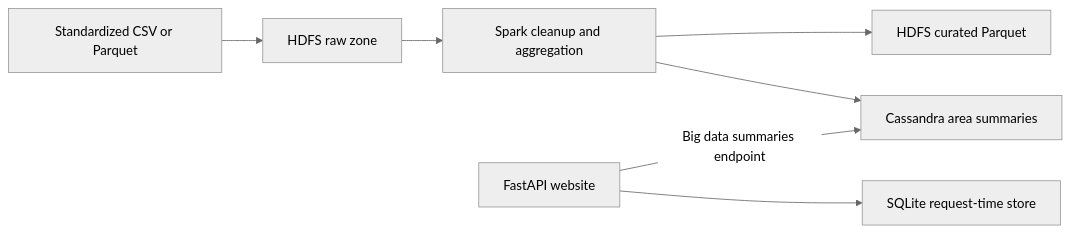
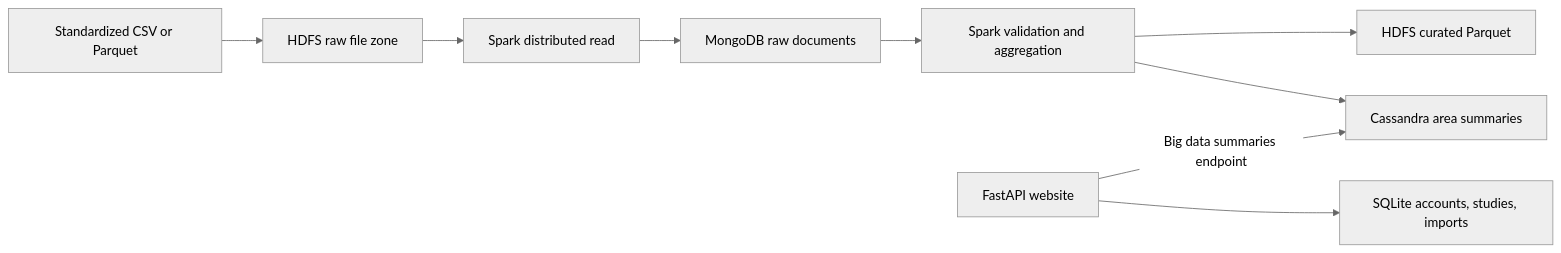
The diagram in README.md (bhuvanteja-0722/SpotWise), drawn with Mermaid (neutral theme) before and after one commit. The commit also changed other lines of this file and 13 other files, not shown here.

Commit message:
Add account workflow and MongoDB Spark staging

````diff
--- a/README.md
+++ b/README.md
@@ -26,9 +27,11 @@
 ```mermaid
 flowchart LR
-  A[Standardized CSV or Parquet] --> B[HDFS raw zone]
-  B --> C[Spark cleanup and aggregation]
-  C --> D[HDFS curated Parquet]
-  C --> E[Cassandra area summaries]
-  F[FastAPI website] --> G[SQLite request-time store]
-  F -->|Big data summaries endpoint| E
+  A[Standardized CSV or Parquet] --> B[HDFS raw file zone]
+  B --> C[Spark distributed read]
+  C --> D[MongoDB raw documents]
+  D --> E[Spark validation and aggregation]
+  E --> F[HDFS curated Parquet]
+  E --> G[Cassandra area summaries]
+  H[FastAPI website] --> I[SQLite accounts, studies, imports]
+  H -->|Big data summaries endpoint| G
 ```
````
